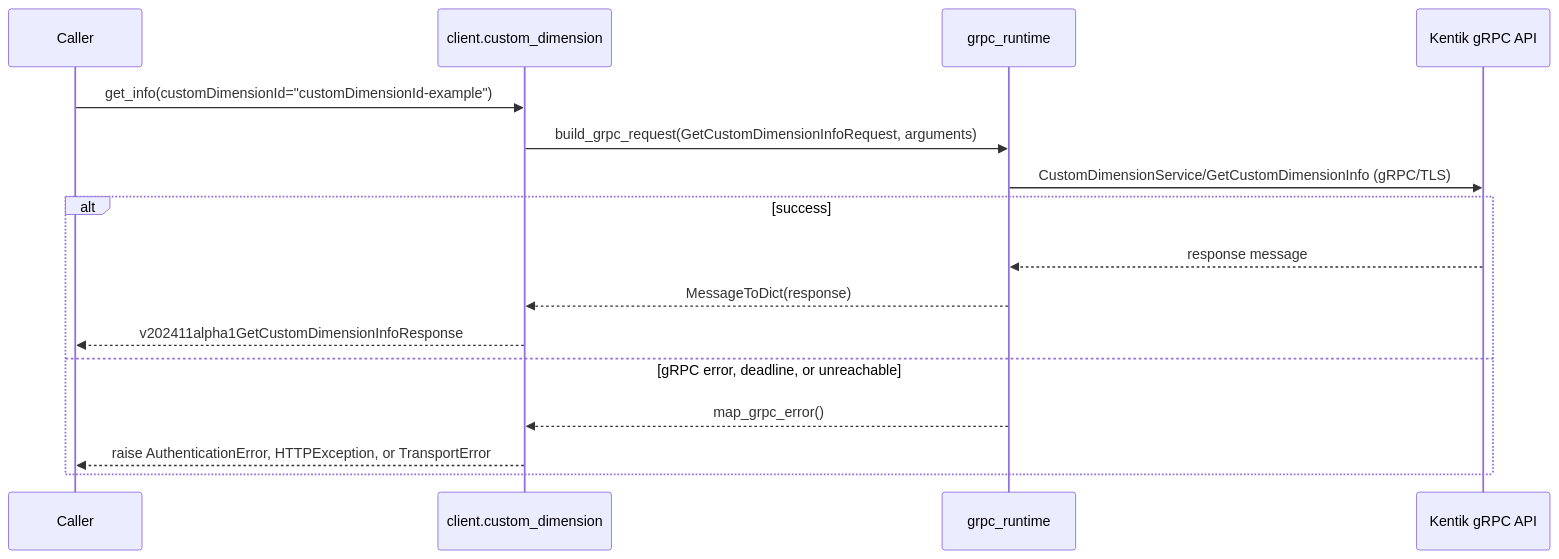
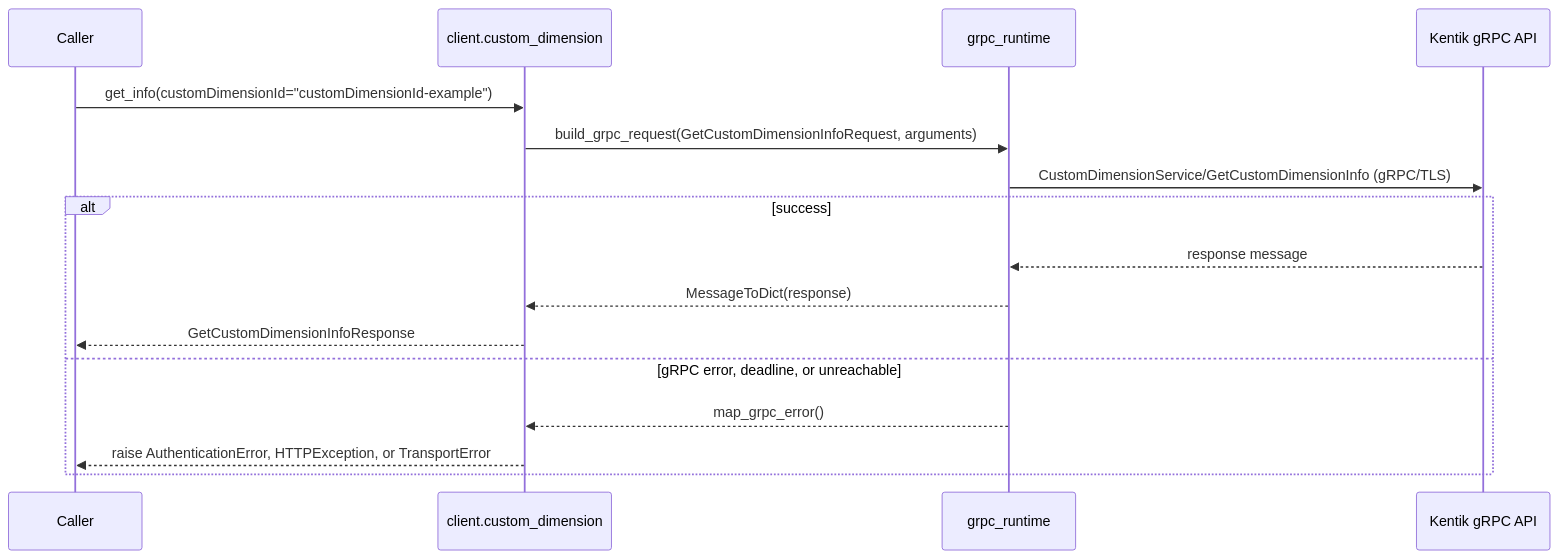
Before and after one commit to alexdearaujo/community_sdk_python: the fifth of 22 diagrams in docs/sphinx/services/custom_dimension.md, drawn with Mermaid. The commit also changed other lines of this file and 38 other files, not shown here.

````diff
--- a/docs/sphinx/services/custom_dimension.md
+++ b/docs/sphinx/services/custom_dimension.md
@@ -127,19 +127,19 @@
 ```mermaid
 sequenceDiagram
     participant C as Caller
     participant W as client.custom_dimension
     participant R as grpc_runtime
     participant API as Kentik gRPC API
 
     C->>W: get_info(customDimensionId="customDimensionId-example")
     W->>R: build_grpc_request(GetCustomDimensionInfoRequest, arguments)
     R->>API: CustomDimensionService/GetCustomDimensionInfo (gRPC/TLS)
     alt success
         API-->>R: response message
         R-->>W: MessageToDict(response)
-        W-->>C: v202411alpha1GetCustomDimensionInfoResponse
+        W-->>C: GetCustomDimensionInfoResponse
     else gRPC error, deadline, or unreachable
         R-->>W: map_grpc_error()
         W-->>C: raise AuthenticationError, HTTPException, or TransportError
     end
 ```
````
